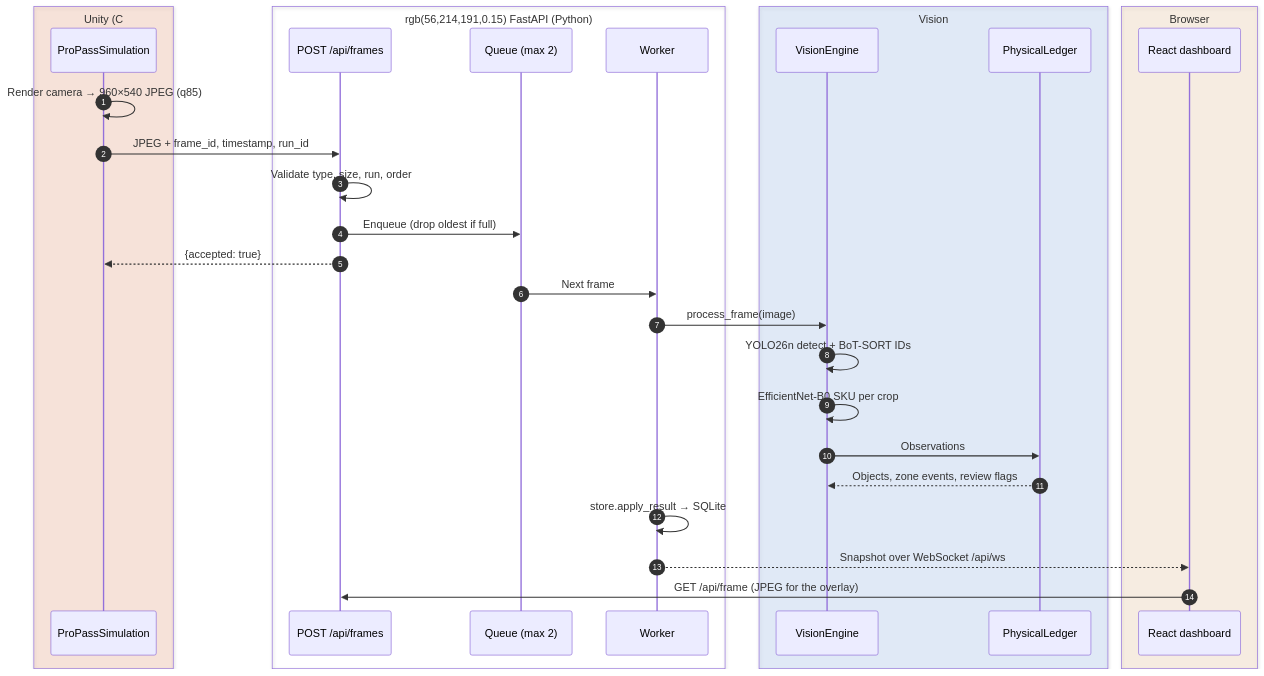
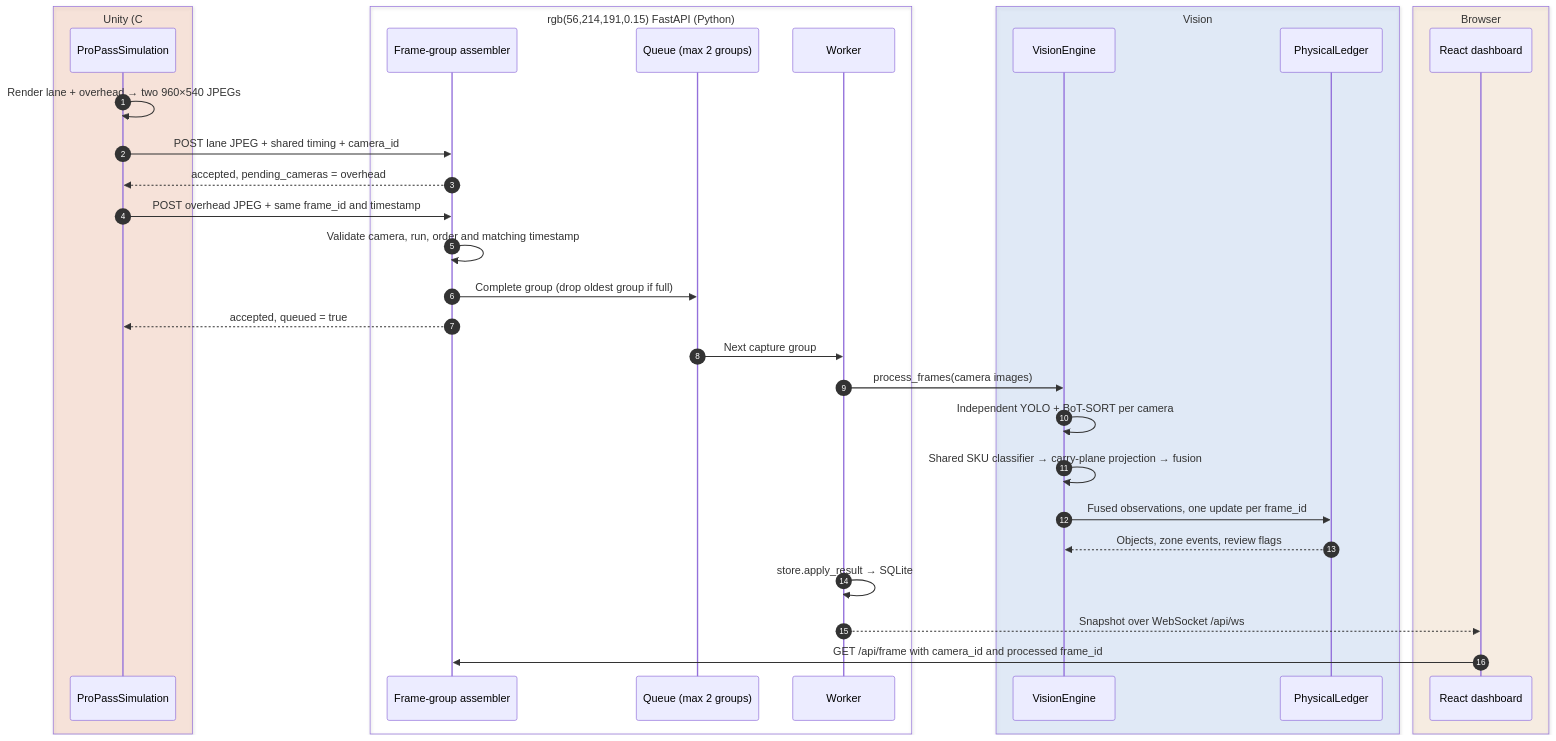
Before and after one commit to dangermos/ProPass: the first of 2 diagrams in docs/pipeline.md, drawn with Mermaid. The commit also changed other lines of this file and 56 other files, not shown here.

First line of the commit message:
Checkpoint: multi-camera API, fusion tests, coverage map and per-camera specialist checkpoints

````diff
--- a/docs/pipeline.md
+++ b/docs/pipeline.md
@@ -23,34 +23,36 @@
 ```mermaid
 sequenceDiagram
     autonumber
     box rgb(255,122,61,0.15) Unity (C#)
         participant U as ProPassSimulation
     end
     box rgb(56,214,191,0.15) FastAPI (Python)
-        participant F as POST /api/frames
-        participant Q as Queue (max 2)
+        participant F as Frame-group assembler
+        participant Q as Queue (max 2 groups)
         participant W as Worker
     end
     box rgb(106,168,255,0.15) Vision
         participant V as VisionEngine
         participant L as PhysicalLedger
     end
     box rgb(255,187,113,0.15) Browser
         participant R as React dashboard
     end
 
-    U->>U: Render camera → 960×540 JPEG (q85)
-    U->>F: JPEG + frame_id, timestamp, run_id
-    F->>F: Validate type, size, run, order
-    F->>Q: Enqueue (drop oldest if full)
-    F-->>U: {accepted: true}
-    Q->>W: Next frame
-    W->>V: process_frame(image)
-    V->>V: YOLO26n detect + BoT-SORT IDs
-    V->>V: EfficientNet-B0 SKU per crop
-    V->>L: Observations
+    U->>U: Render lane + overhead → two 960×540 JPEGs
+    U->>F: POST lane JPEG + shared timing + camera_id
+    F-->>U: accepted, pending_cameras = overhead
+    U->>F: POST overhead JPEG + same frame_id and timestamp
+    F->>F: Validate camera, run, order and matching timestamp
+    F->>Q: Complete group (drop oldest group if full)
+    F-->>U: accepted, queued = true
+    Q->>W: Next capture group
+    W->>V: process_frames(camera images)
+    V->>V: Independent YOLO + BoT-SORT per camera
+    V->>V: Shared SKU classifier → carry-plane projection → fusion
+    V->>L: Fused observations, one update per frame_id
     L-->>V: Objects, zone events, review flags
     W->>W: store.apply_result → SQLite
     W-->>R: Snapshot over WebSocket /api/ws
-    R->>F: GET /api/frame (JPEG for the overlay)
+    R->>F: GET /api/frame with camera_id and processed frame_id
 ```
````
